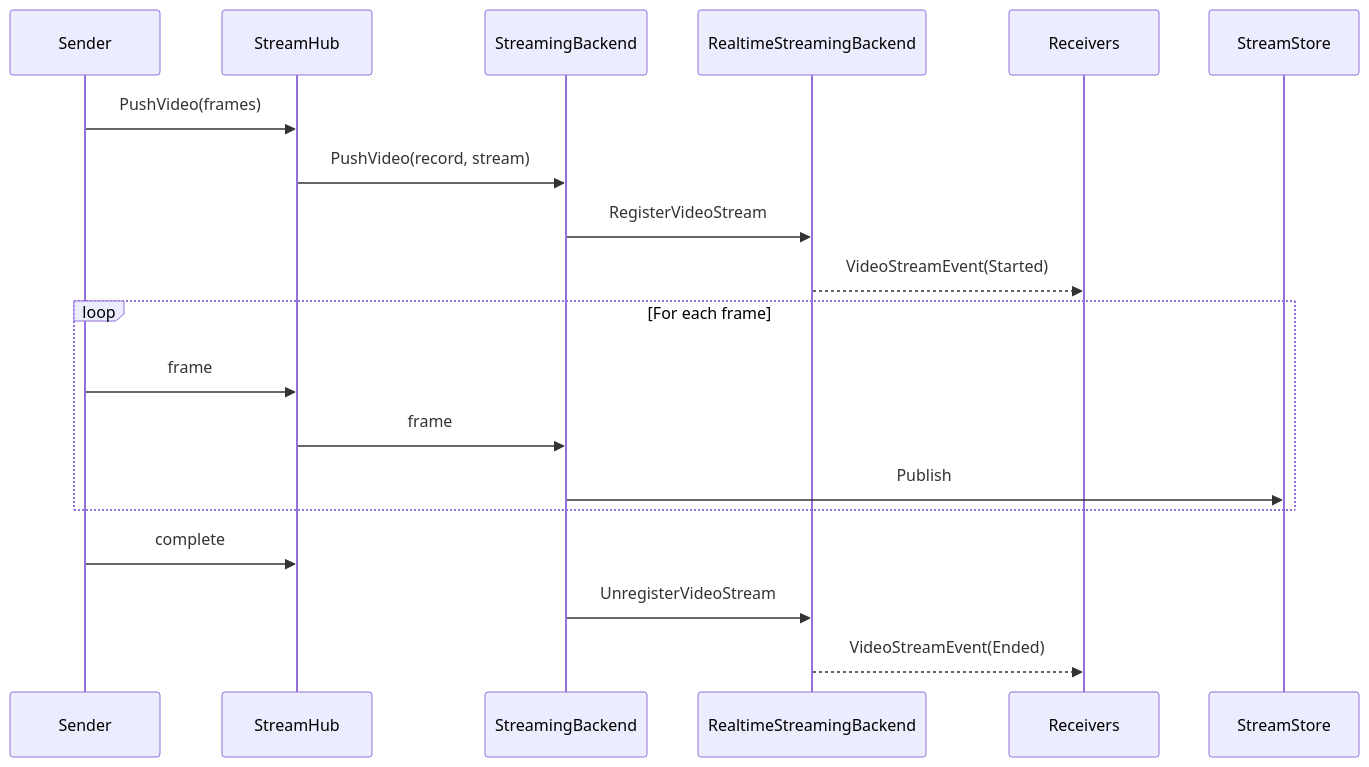
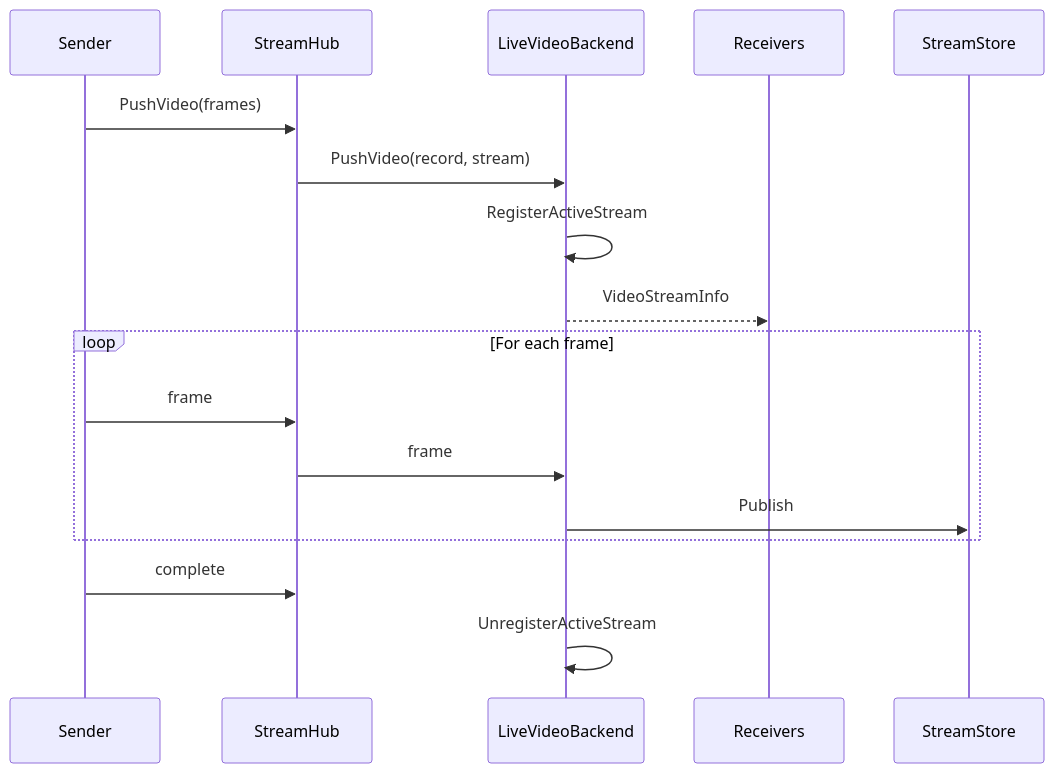
Before and after one commit to Actual-Chat/actual-chat: the second of 2 diagrams in docs/plans/video-streaming-plan.md, drawn with Mermaid. The commit also changed other lines of this file and 27 other files, not shown here.

Commit message:
chore: refactor video streaming backand to match live audio approach

````diff
--- a/docs/plans/video-streaming-plan.md
+++ b/docs/plans/video-streaming-plan.md
@@ -76,23 +72,21 @@
 ```mermaid
 sequenceDiagram
     participant Sender
     participant StreamHub
-    participant StreamingBackend
-    participant RealtimeStreamingBackend
+    participant LiveVideoBackend
     participant Receivers
 
     Sender->>StreamHub: PushVideo(frames)
-    StreamHub->>StreamingBackend: PushVideo(record, stream)
-    StreamingBackend->>RealtimeStreamingBackend: RegisterVideoStream
-    RealtimeStreamingBackend-->>Receivers: VideoStreamEvent(Started)
+    StreamHub->>LiveVideoBackend: PushVideo(record, stream)
+    LiveVideoBackend->>LiveVideoBackend: RegisterActiveStream
+    LiveVideoBackend-->>Receivers: VideoStreamInfo
 
     loop For each frame
         Sender->>StreamHub: frame
-        StreamHub->>StreamingBackend: frame
-        StreamingBackend->>StreamStore: Publish
+        StreamHub->>LiveVideoBackend: frame
+        LiveVideoBackend->>StreamStore: Publish
     end
 
     Sender->>StreamHub: complete
-    StreamingBackend->>RealtimeStreamingBackend: UnregisterVideoStream
-    RealtimeStreamingBackend-->>Receivers: VideoStreamEvent(Ended)
+    LiveVideoBackend->>LiveVideoBackend: UnregisterActiveStream
 ```
````
